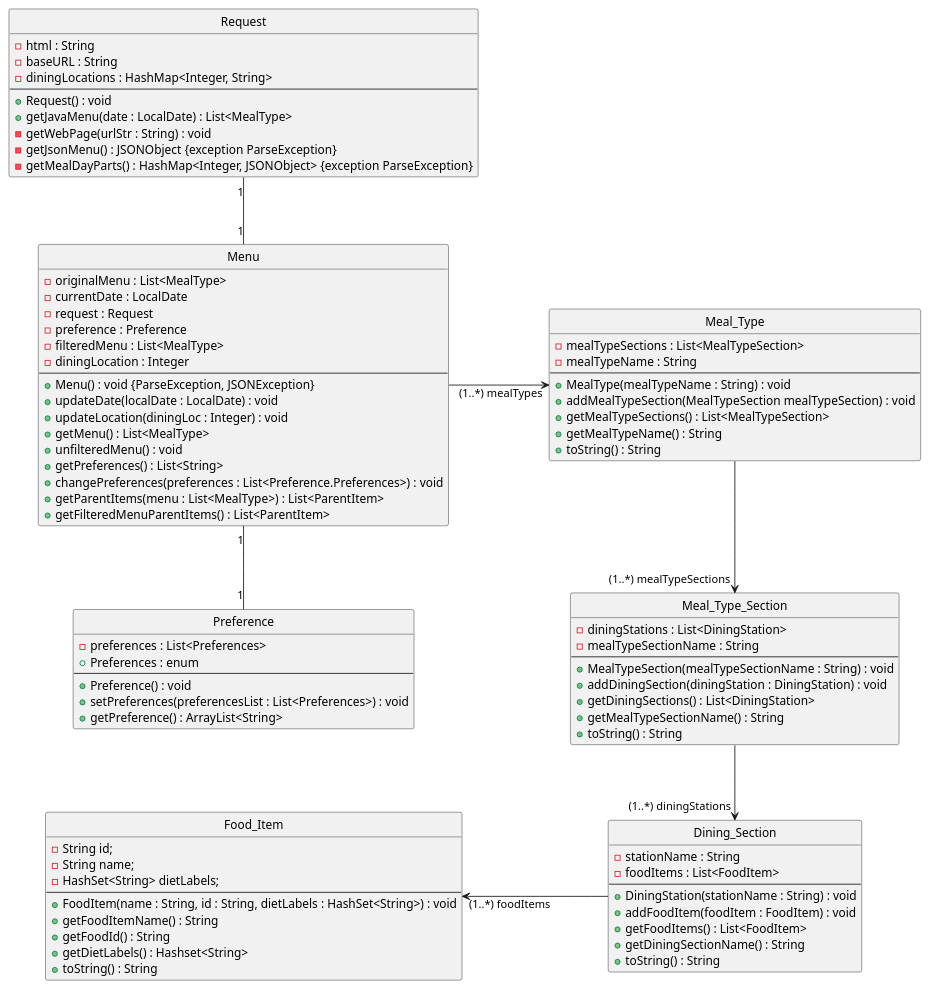
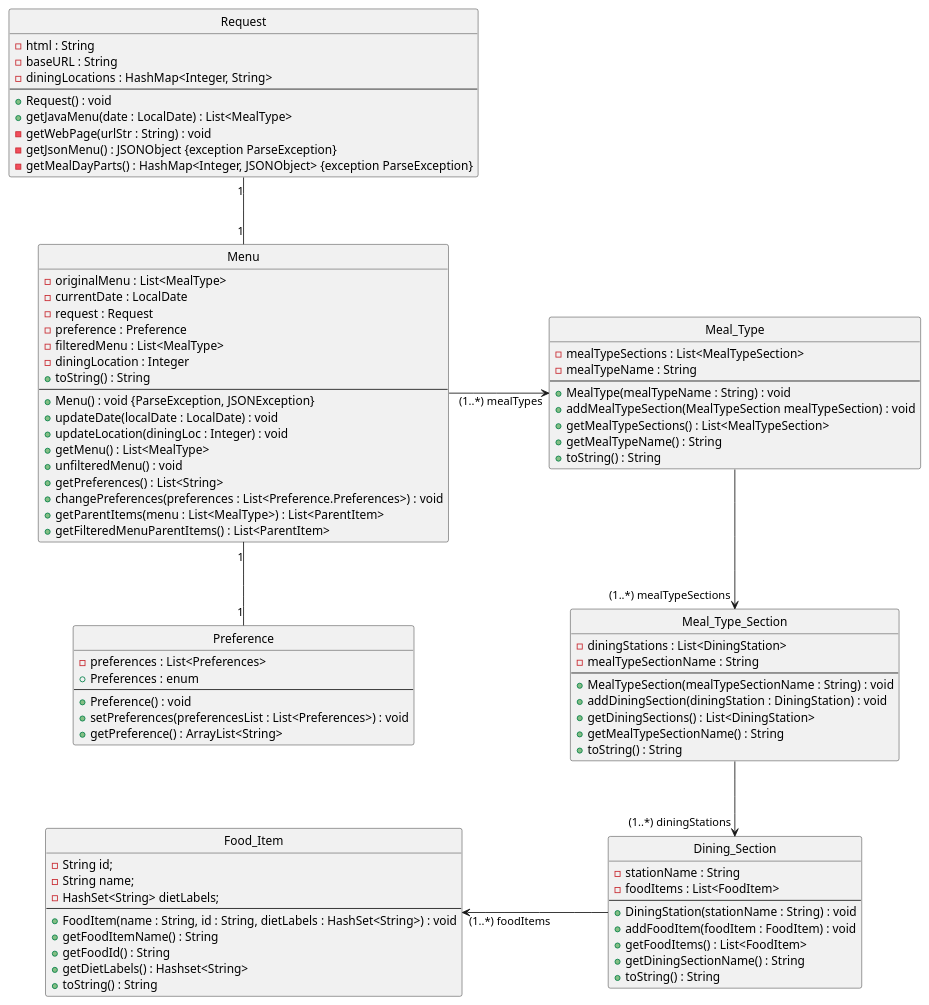
Before and after one commit to EzekielEkanem/team-1d: the diagram in intellij/doc/class-diagram.md, drawn with PlantUML. The commit also changed 2 other files, not shown here.

Commit message:
Updated MenuTest

```diff
--- a/intellij/doc/class-diagram.md
+++ b/intellij/doc/class-diagram.md
@@ -11,6 +11,7 @@
 -preference : Preference
 -filteredMenu : List<MealType>
 -diningLocation : Integer
++toString() : String
 --
 +Menu() : void {ParseException, JSONException}
 +updateDate(localDate : LocalDate) : void
```
